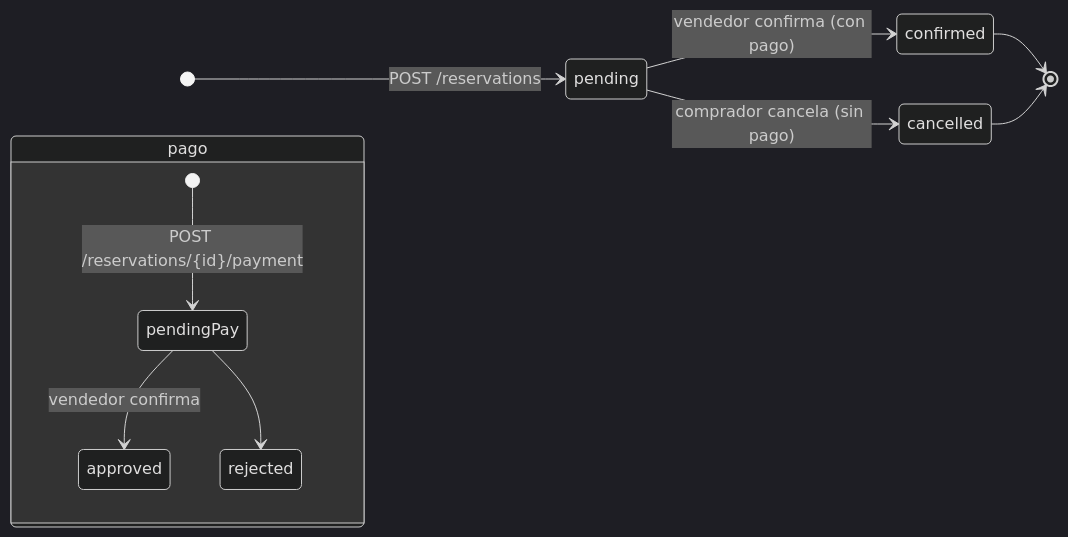
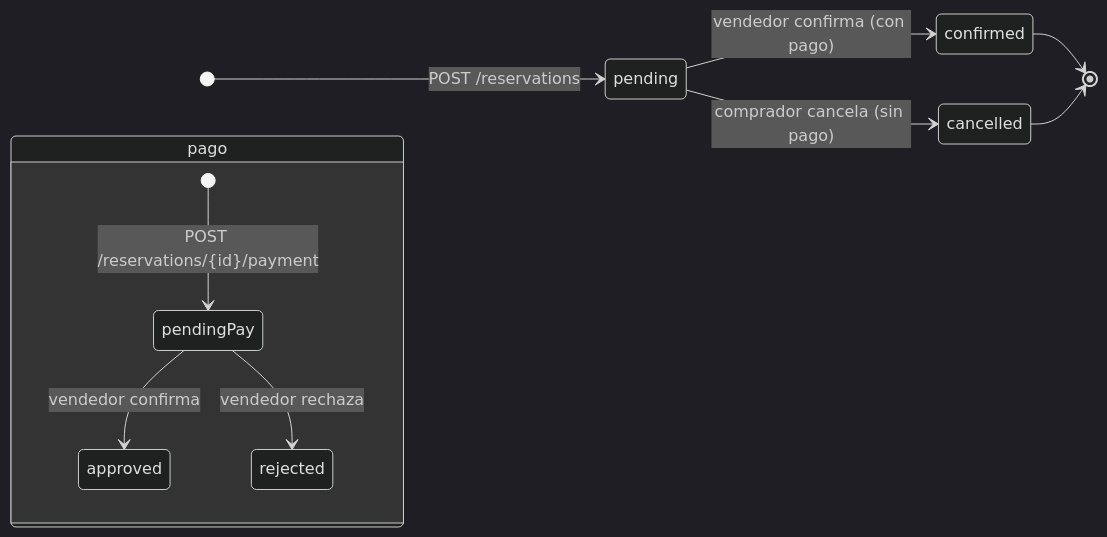
One commit to pinolrent/pinolrent-api changed the second of 2 diagrams in docs/arquitectura.md. Above: the diagram before and after it, drawn with Mermaid (dark theme). The commit also changed other lines of this file and 11 other files, not shown here.

````diff
--- a/docs/arquitectura.md
+++ b/docs/arquitectura.md
@@ -70,15 +70,15 @@
 ```mermaid
 stateDiagram-v2
     direction LR
     [*] --> pending: POST /reservations
     pending --> confirmed: vendedor confirma (con pago)
     pending --> cancelled: comprador cancela (sin pago)
     confirmed --> [*]
     cancelled --> [*]
 
     state "pago" as p {
         [*] --> pendingPay: POST /reservations/{id}/payment
         pendingPay --> approved: vendedor confirma
-        pendingPay --> rejected
+        pendingPay --> rejected: vendedor rechaza
     }
 ```
````
